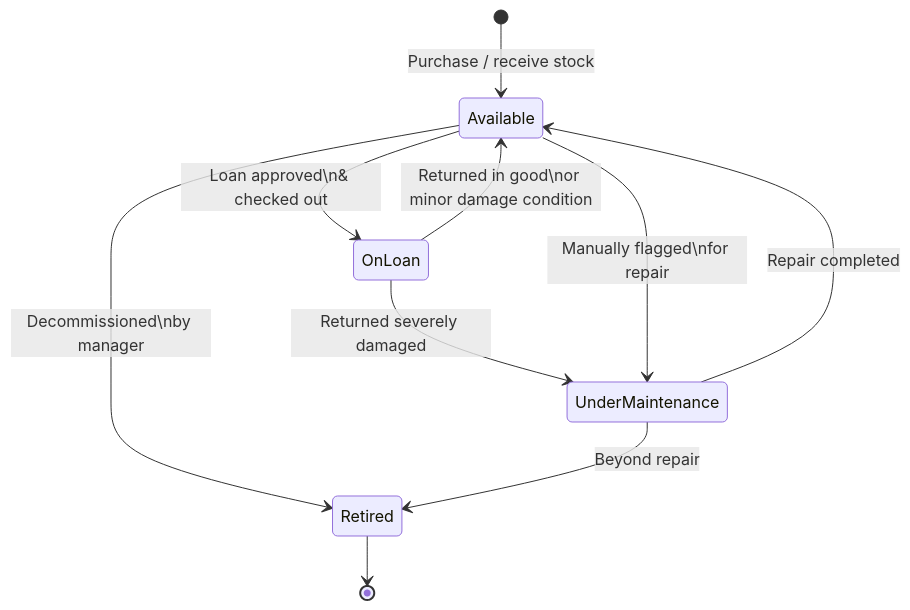
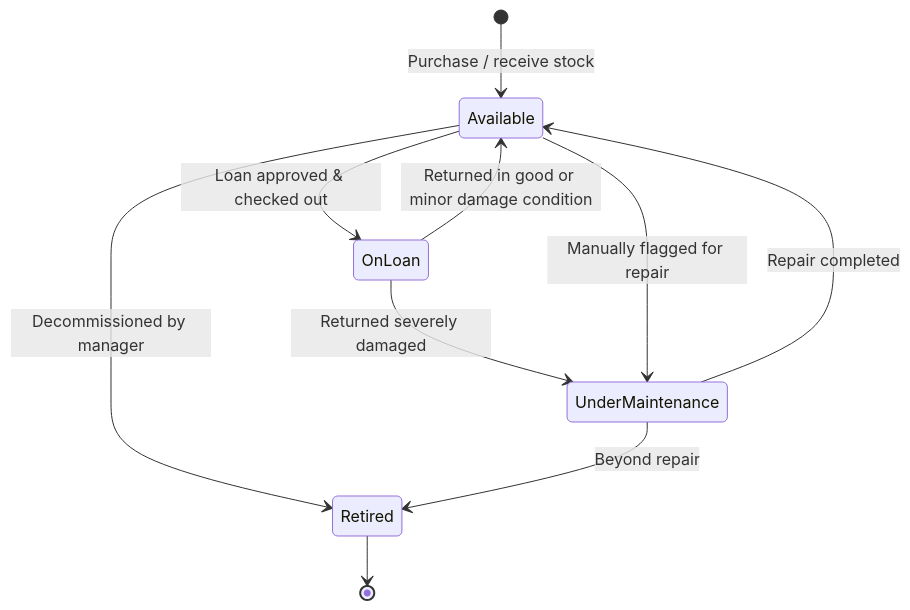
Before and after one commit to Hansenyao/sportstock: the seventh of 8 diagrams in docs/system-design.md, drawn with Mermaid. The commit also changed other lines of this file and 29 other files, not shown here.

````diff
--- a/docs/system-design.md
+++ b/docs/system-design.md
@@ -224,16 +272,16 @@
 ```mermaid
 stateDiagram-v2
     [*] --> Available : Purchase / receive stock
 
-    Available --> OnLoan : Loan approved\n& checked out
-    OnLoan --> Available : Returned in good\nor minor damage condition
+    Available --> OnLoan : Loan approved & checked out
+    OnLoan --> Available : Returned in good or minor damage condition
     OnLoan --> UnderMaintenance : Returned severely damaged
 
-    Available --> UnderMaintenance : Manually flagged\nfor repair
+    Available --> UnderMaintenance : Manually flagged for repair
     UnderMaintenance --> Available : Repair completed
 
-    Available --> Retired : Decommissioned\nby manager
+    Available --> Retired : Decommissioned by manager
     UnderMaintenance --> Retired : Beyond repair
 
     Retired --> [*]
 ```
````
